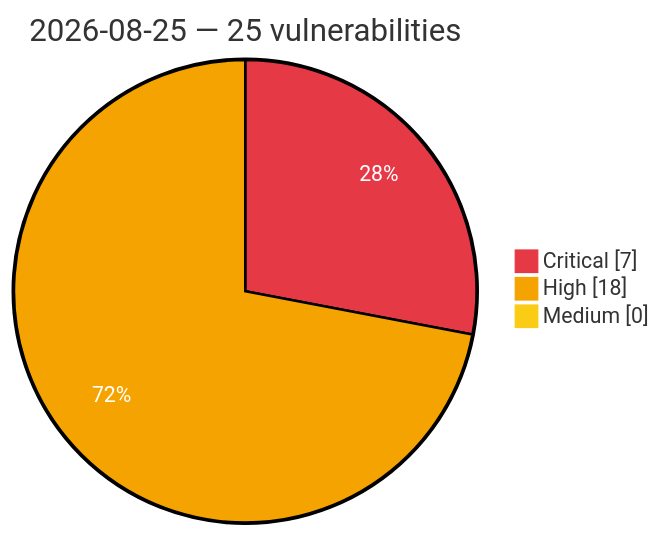
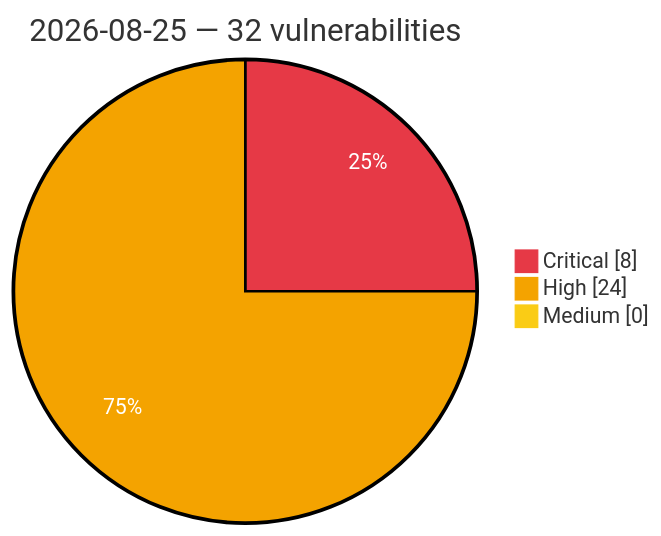
One commit to GhostX0X/vuln-tracker changed the diagram in vulnerabilities/2026/August/2026-08-25.md. Above: the diagram before and after it, drawn with Mermaid. The commit also changed other lines of this file and 5 other files, not shown here.

Commit message:
Auto update: critical/high vulns (2026-08-25 09:07 UTC)

````diff
--- a/vulnerabilities/2026/August/2026-08-25.md
+++ b/vulnerabilities/2026/August/2026-08-25.md
@@ -3,8 +3,8 @@
 ```mermaid
 %%{init: {'theme':'base', 'themeVariables': {'pie1':'#e63946', 'pie2':'#f4a300', 'pie3':'#facc15', 'pieOpacity':'1', 'pieOuterStrokeWidth':'2px', 'pieSectionTextColor':'#ffffff'}}}%%
 pie showData
-    title 2026-08-25 — 25 vulnerabilities
-    "Critical" : 7
-    "High" : 18
+    title 2026-08-25 — 32 vulnerabilities
+    "Critical" : 8
+    "High" : 24
     "Medium" : 0
 ```
````
